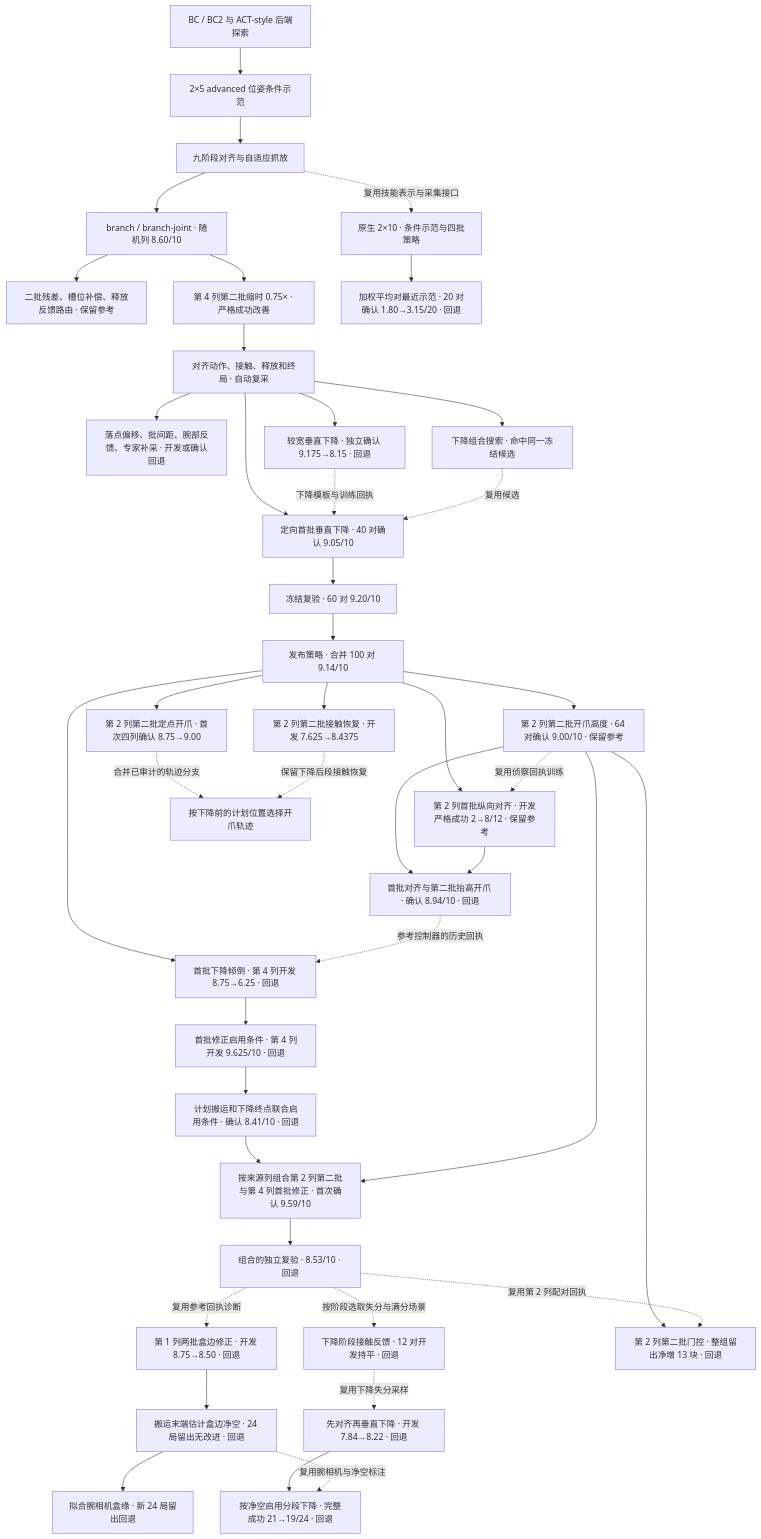
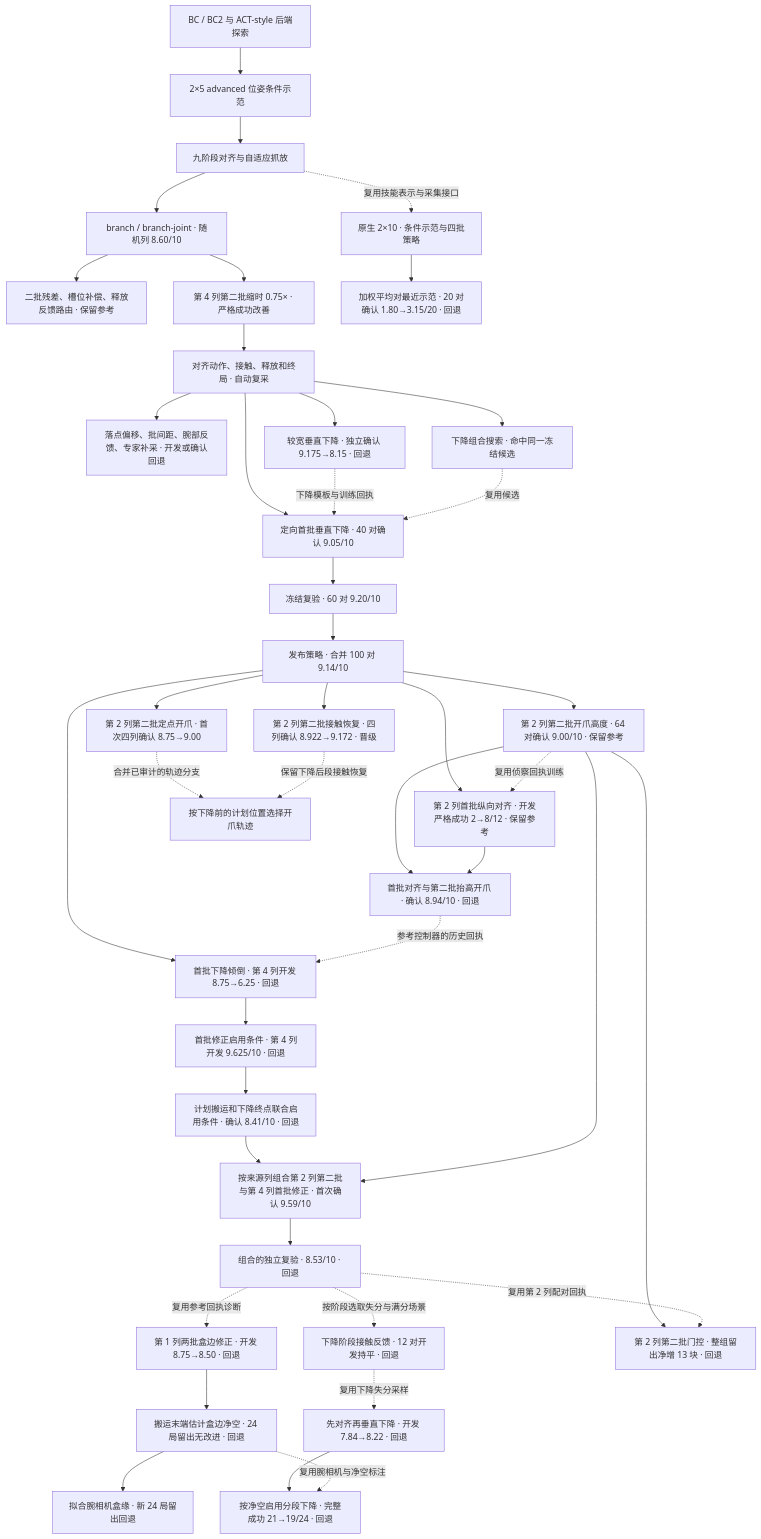
The second of 2 diagrams in docs/A3_EXPERIMENT_TREE.md (haiyouxiaji/a3-agent-optimizer), drawn with Mermaid before and after one commit. The commit also changed other lines of this file and 7 other files, not shown here.

````diff
--- a/docs/A3_EXPERIMENT_TREE.md
+++ b/docs/A3_EXPERIMENT_TREE.md
@@ -19,44 +19,44 @@
 ```mermaid
 flowchart TD
     BC["BC / BC2 与 ACT-style 后端探索"] --> ADV["2×5 advanced 位姿条件示范"]
     ADV --> PH["九阶段对齐与自适应抓放"]
     PH --> BJ["branch / branch-joint · 随机列 8.60/10"]
     BJ --> REL["二批残差、槽位补偿、释放反馈路由 · 保留参考"]
     BJ --> TIM["第 4 列第二批缩时 0.75× · 严格成功改善"]
     TIM --> DIAG["对齐动作、接触、释放和终局 · 自动复采"]
     DIAG --> OFF["落点偏移、批间距、腕部反馈、专家补采 · 开发或确认回退"]
     DIAG --> WIDE["较宽垂直下降 · 独立确认 9.175→8.15 · 回退"]
     DIAG --> FOCUS["定向首批垂直下降 · 40 对确认 9.05/10"]
     WIDE -.->|下降模板与训练回执| FOCUS
     DIAG --> DUP["下降组合搜索 · 命中同一冻结候选"]
     DUP -.->|复用候选| FOCUS
     FOCUS --> REP["冻结复验 · 60 对 9.20/10"]
     REP --> BEST["发布策略 · 合并 100 对 9.14/10"]
     BEST --> HOVER["第 2 列第二批开爪高度 · 64 对确认 9.00/10 · 保留参考"]
     BEST --> ROW["第 2 列首批纵向对齐 · 开发严格成功 2→8/12 · 保留参考"]
     HOVER -.->|复用侦察回执训练| ROW
     HOVER --> COMPOSE["首批对齐与第二批抬高开爪 · 确认 8.94/10 · 回退"]
     ROW --> COMPOSE
     BEST --> FIRSTHOVER["首批下降倾倒 · 第 4 列开发 8.75→6.25 · 回退"]
     COMPOSE -.->|参考控制器的历史回执| FIRSTHOVER
     FIRSTHOVER --> GUARD["首批修正启用条件 · 第 4 列开发 9.625/10 · 回退"]
     GUARD --> PROJECT["计划搬运和下降终点联合启用条件 · 确认 8.41/10 · 回退"]
     PROJECT --> ROUTED["按来源列组合第 2 列第二批与第 4 列首批修正 · 首次确认 9.59/10"]
     HOVER --> ROUTED
     ROUTED --> ROUTEDREP["组合的独立复验 · 8.53/10 · 回退"]
     ROUTEDREP -.->|复用参考回执诊断| WALL["第 1 列两批盒边修正 · 开发 8.75→8.50 · 回退"]
     WALL --> SENSE["搬运末端估计盒边净空 · 24 局留出无改进 · 回退"]
     SENSE --> EDGES["拟合腕相机盒缘 · 新 24 局留出回退"]
     ROUTEDREP -.->|按阶段选取失分与满分场景| FORCE["下降阶段接触反馈 · 12 对开发持平 · 回退"]
     HOVER --> LATE["第 2 列第二批门控 · 整组留出净增 13 块 · 回退"]
     ROUTEDREP -.->|复用第 2 列配对回执| LATE
     FORCE -.->|复用下降失分采样| STAGED["先对齐再垂直下降 · 开发 7.84→8.22 · 回退"]
     STAGED --> STAGEDGATE["按净空启用分段下降 · 完整成功 21→19/24 · 回退"]
     SENSE -.->|复用腕相机与净空标注| STAGEDGATE
     BEST --> HOLD["第 2 列第二批定点开爪 · 首次四列确认 8.75→9.00"]
-    BEST --> RECOVERY["第 2 列第二批接触恢复 · 开发 7.625→8.4375"]
+    BEST --> RECOVERY["第 2 列第二批接触恢复 · 四列确认 8.922→9.172 · 晋级"]
     HOLD -.->|合并已审计的轨迹分支| RELEASEGATE["按下降前的计划位置选择开爪轨迹"]
     RECOVERY -.->|保留下降后段接触恢复| RELEASEGATE
     PH -.->|复用技能表示与采集接口| TEN["原生 2×10 · 条件示范与四批策略"]
     TEN --> TR["加权平均对最近示范 · 20 对确认 1.80→3.15/20 · 回退"]
 ```
````
